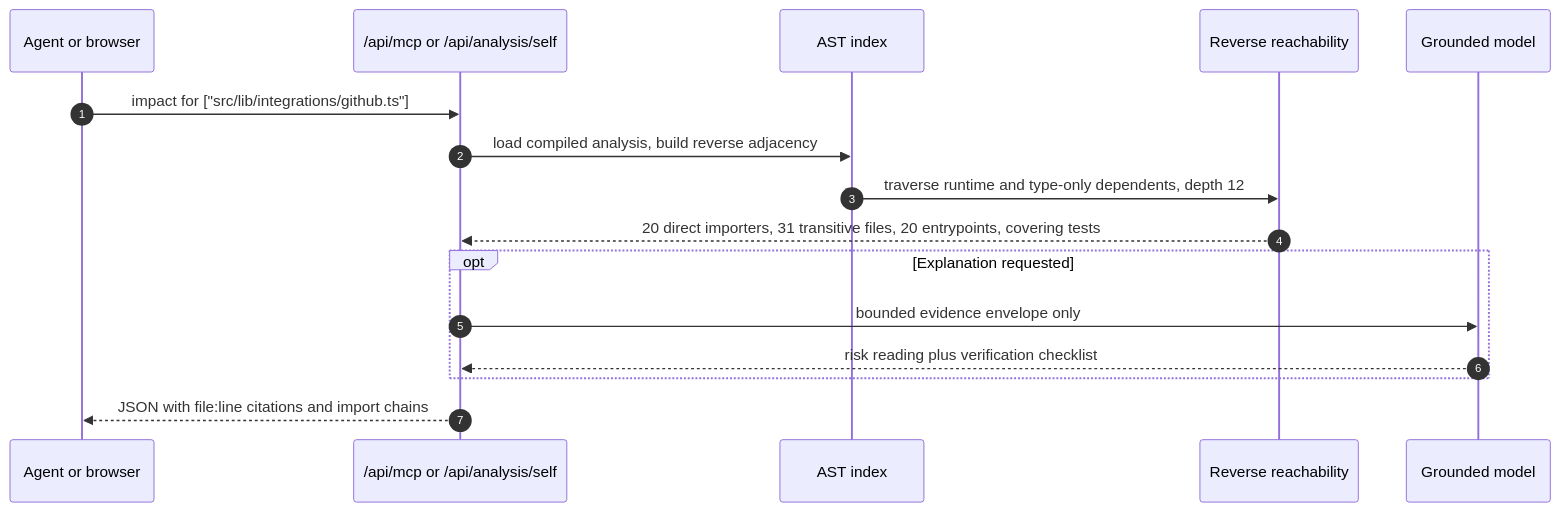
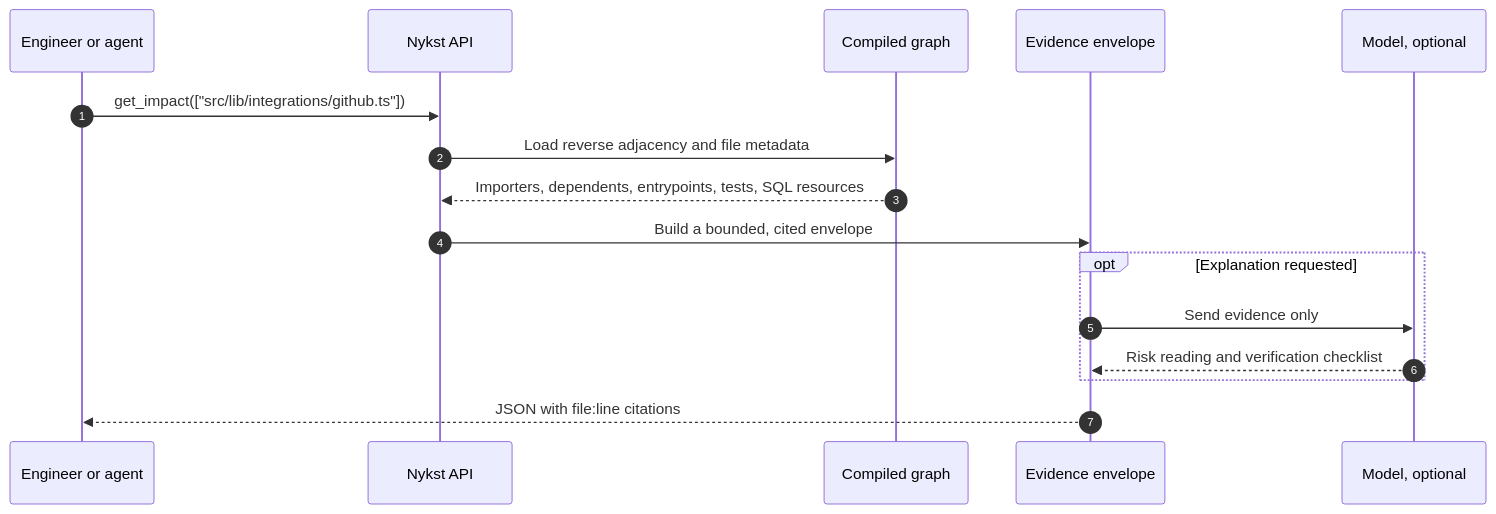
The second of 2 diagrams in README.md (flawsom/Nykst), drawn with Mermaid before and after one commit. The commit also changed other lines of this file and 58 other files, not shown here.

````diff
--- a/README.md
+++ b/README.md
@@ -527,19 +372,18 @@
 ```mermaid
 sequenceDiagram
   autonumber
-  participant A as Agent or browser
-  participant R as /api/mcp or /api/analysis/self
-  participant S as AST index
-  participant B as Reverse reachability
-  participant L as Grounded model
-
-  A->>R: impact for ["src/lib/integrations/github.ts"]
-  R->>S: load compiled analysis, build reverse adjacency
-  S->>B: traverse runtime and type-only dependents, depth 12
-  B-->>R: 20 direct importers, 31 transitive files, 20 entrypoints, covering tests
+  participant U as Engineer or agent
+  participant A as Nykst API
+  participant G as Compiled graph
+  participant E as Evidence envelope
+  participant M as Model, optional
+  U->>A: get_impact(["src/lib/integrations/github.ts"])
+  A->>G: Load reverse adjacency and file metadata
+  G-->>A: Importers, dependents, entrypoints, tests, SQL resources
+  A->>E: Build a bounded, cited envelope
   opt Explanation requested
-    R->>L: bounded evidence envelope only
-    L-->>R: risk reading plus verification checklist
+    E->>M: Send evidence only
+    M-->>E: Risk reading and verification checklist
   end
-  R-->>A: JSON with file:line citations and import chains
+  E-->>U: JSON with file:line citations
 ```
````
